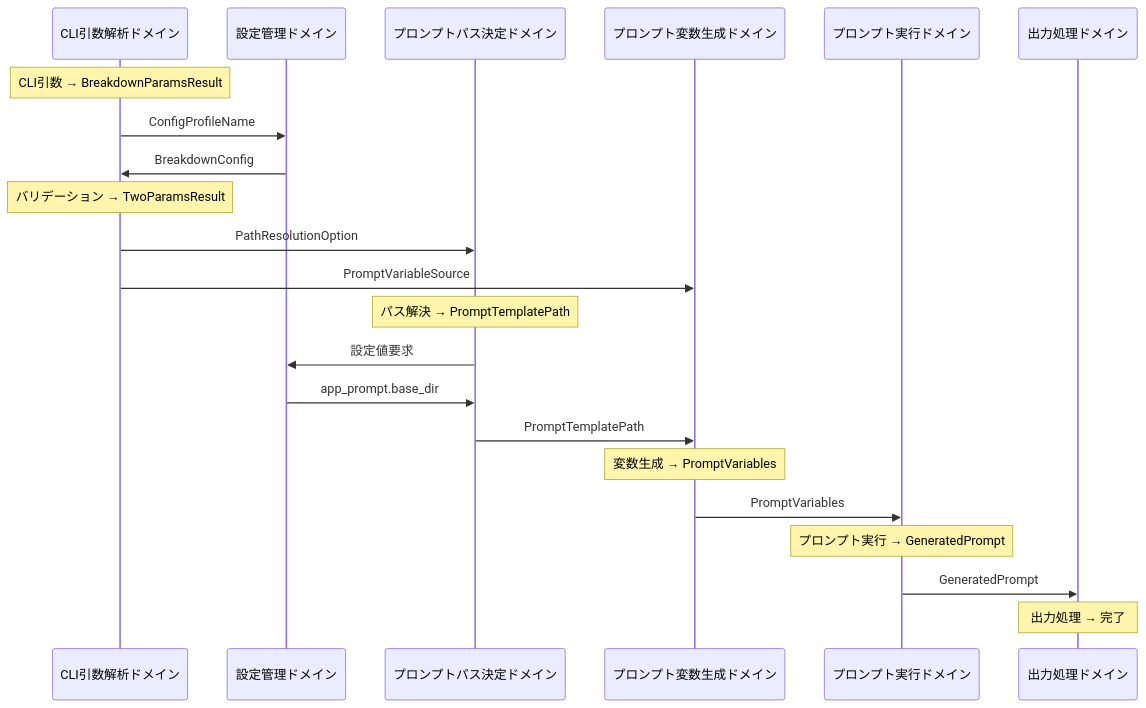
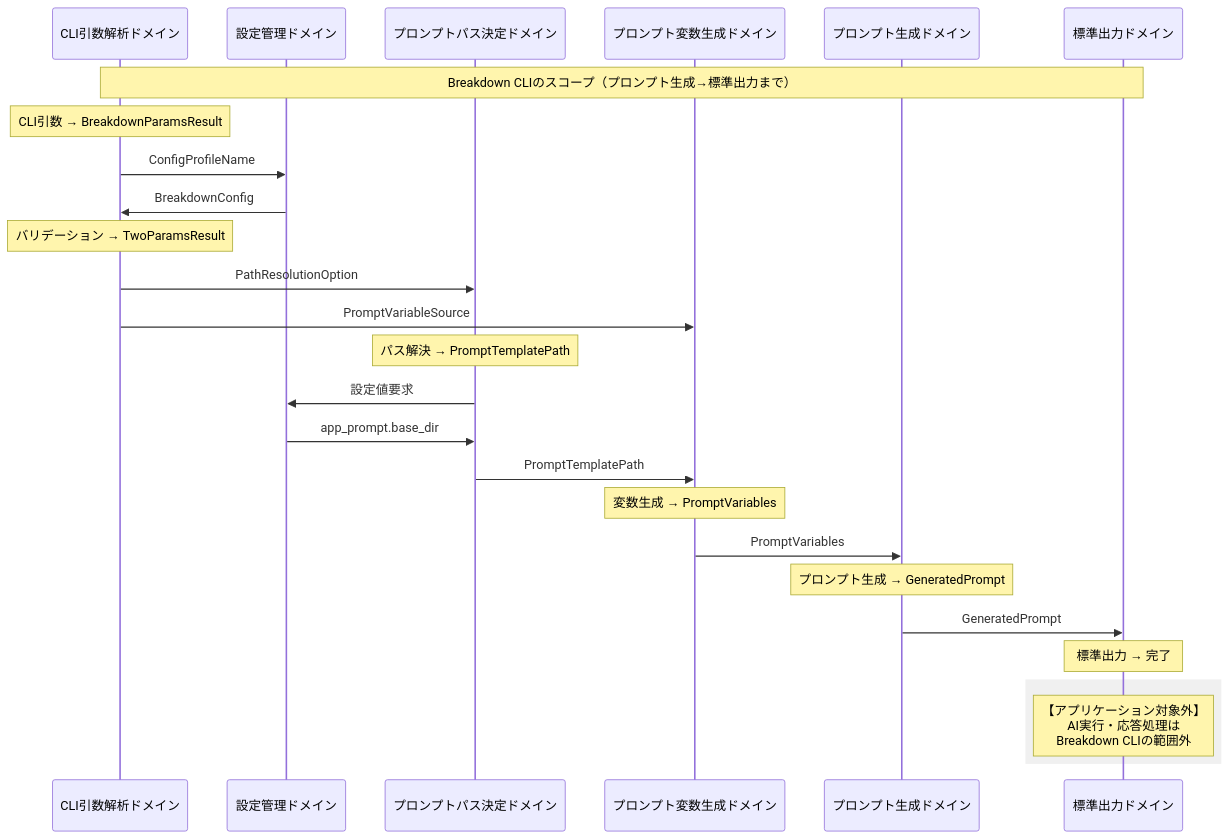
The second of 4 diagrams in docs/breakdown/domain_core/domain_boundaries_flow.ja.md (tettuan/breakdown), drawn with Mermaid before and after one commit. The commit also changed other lines of this file, not shown here.

````diff
--- a/docs/breakdown/domain_core/domain_boundaries_flow.ja.md
+++ b/docs/breakdown/domain_core/domain_boundaries_flow.ja.md
@@ -281,30 +305,36 @@
 ```mermaid
 sequenceDiagram
     participant CLI as CLI引数解析ドメイン
     participant CONFIG as 設定管理ドメイン
     participant PATH as プロンプトパス決定ドメイン
     participant VARS as プロンプト変数生成ドメイン
-    participant EXEC as プロンプト実行ドメイン
-    participant OUTPUT as 出力処理ドメイン
+    participant PROMPT as プロンプト生成ドメイン
+    participant OUTPUT as 標準出力ドメイン
+    
+    Note over CLI,OUTPUT: Breakdown CLIのスコープ（プロンプト生成→標準出力まで）
 
     Note over CLI: CLI引数 → BreakdownParamsResult
     CLI->>CONFIG: ConfigProfileName
     CONFIG->>CLI: BreakdownConfig
     
     Note over CLI: バリデーション → TwoParamsResult
     CLI->>PATH: PathResolutionOption
     CLI->>VARS: PromptVariableSource
     
     Note over PATH: パス解決 → PromptTemplatePath
     PATH->>CONFIG: 設定値要求
     CONFIG->>PATH: app_prompt.base_dir
     PATH->>VARS: PromptTemplatePath
     
     Note over VARS: 変数生成 → PromptVariables
-    VARS->>EXEC: PromptVariables
+    VARS->>PROMPT: PromptVariables
     
-    Note over EXEC: プロンプト実行 → GeneratedPrompt
-    EXEC->>OUTPUT: GeneratedPrompt
+    Note over PROMPT: プロンプト生成 → GeneratedPrompt
+    PROMPT->>OUTPUT: GeneratedPrompt
     
-    Note over OUTPUT: 出力処理 → 完了
+    Note over OUTPUT: 標準出力 → 完了
+    
+    rect rgb(240, 240, 240)
+        Note over OUTPUT: 【アプリケーション対象外】<br/>AI実行・応答処理は<br/>Breakdown CLIの範囲外
+    end
 ```
````
